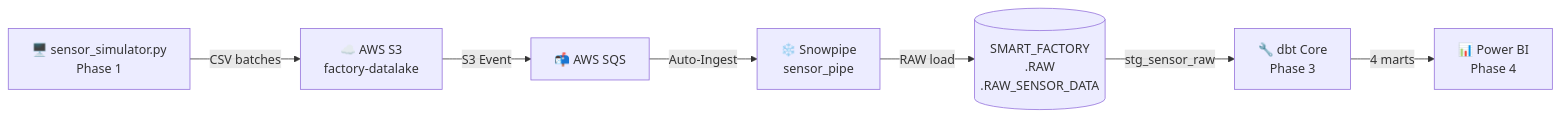
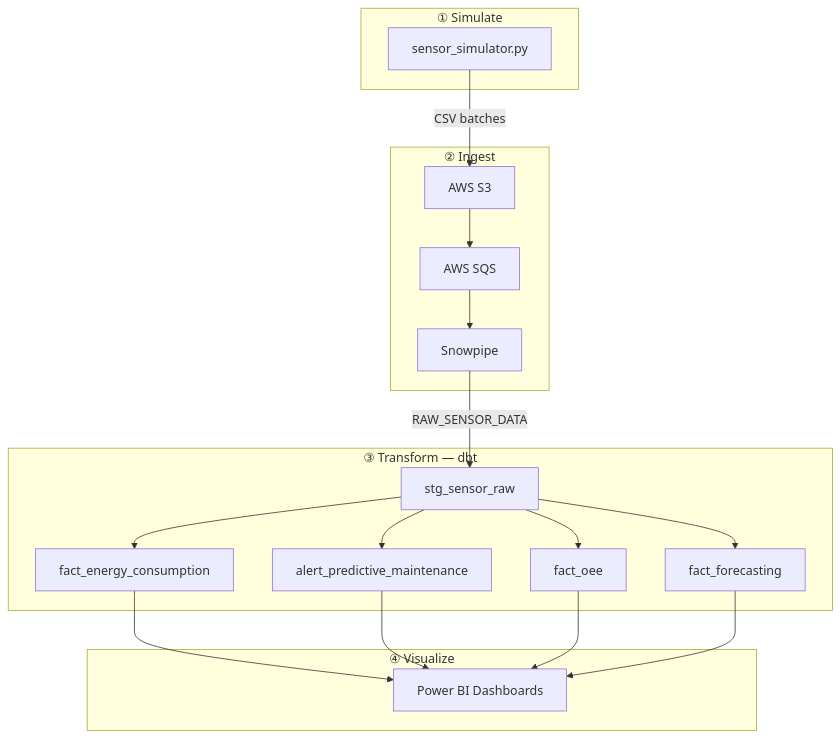
Before and after one commit to pubpuy/snowflake-2: the diagram in README.md, drawn with Mermaid. The commit also changed other lines of this file, not shown here.

Commit message:
docs: reorganize architecture diagram using subgraphs in README.md

````diff
--- a/README.md
+++ b/README.md
@@ -9,9 +9,22 @@
 ```mermaid
-graph LR
-    A[🖥️ sensor_simulator.py\nPhase 1] -->|CSV batches| B[☁️ AWS S3\nfactory-datalake]
-    B -->|S3 Event| C[📬 AWS SQS]
-    C -->|Auto-Ingest| D[❄️ Snowpipe\nsensor_pipe]
-    D -->|RAW load| E[(SMART_FACTORY\n.RAW\n.RAW_SENSOR_DATA)]
-    E -->|stg_sensor_raw| F[🔧 dbt Core\nPhase 3]
-    F -->|4 marts| G[📊 Power BI\nPhase 4]
+graph TD
+    subgraph P1["① Simulate"]
+        A[sensor_simulator.py]
+    end
+    subgraph P2["② Ingest"]
+        B[AWS S3] --> C[AWS SQS] --> D[Snowpipe]
+    end
+    subgraph P3["③ Transform — dbt"]
+        E[stg_sensor_raw] --> F[fact_energy_consumption]
+        E --> G[alert_predictive_maintenance]
+        E --> H[fact_oee]
+        E --> I[fact_forecasting]
+    end
+    subgraph P4["④ Visualize"]
+        J[Power BI Dashboards]
+    end
+
+    A -->|CSV batches| B
+    D -->|RAW_SENSOR_DATA| E
+    F & G & H & I --> J
 ```
````
